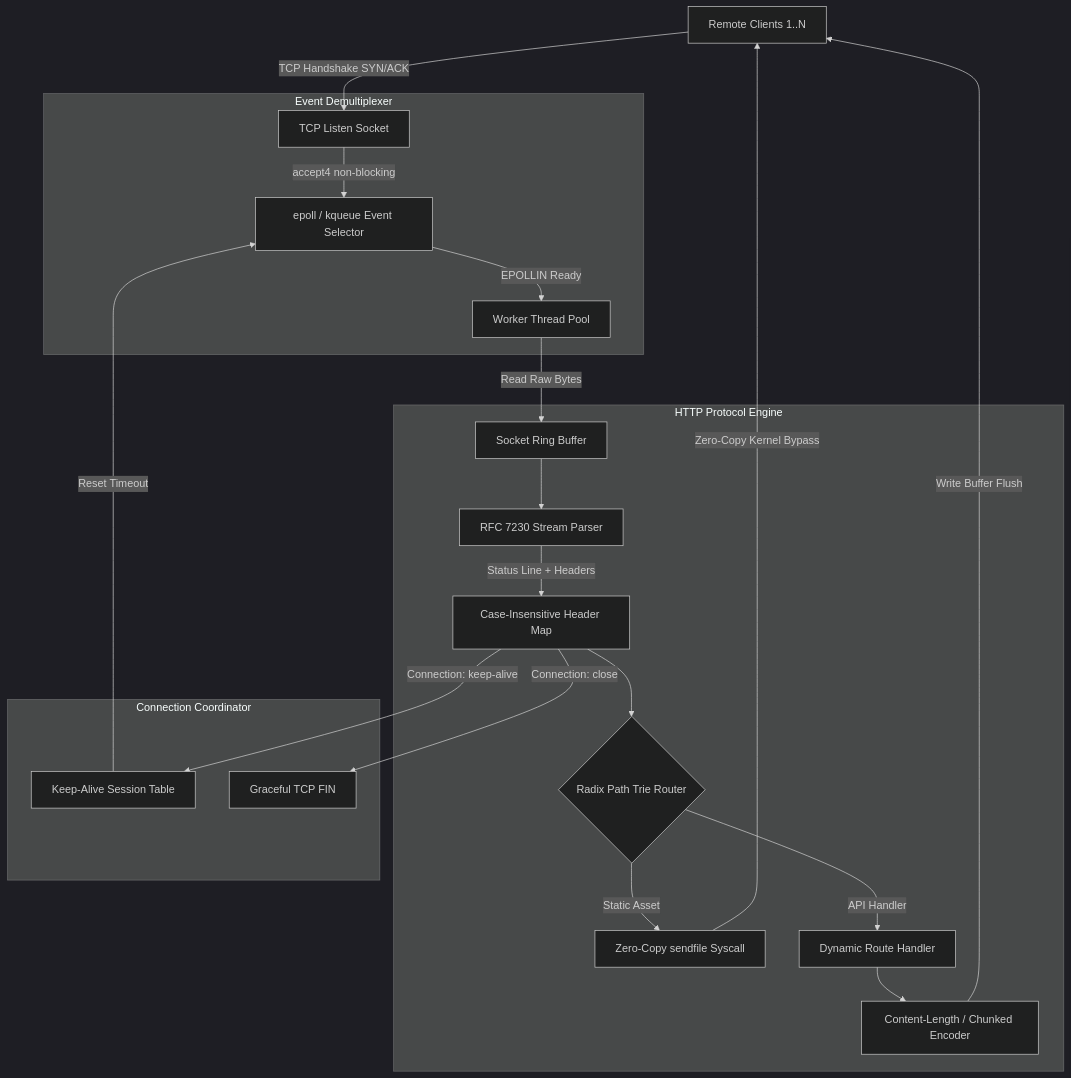
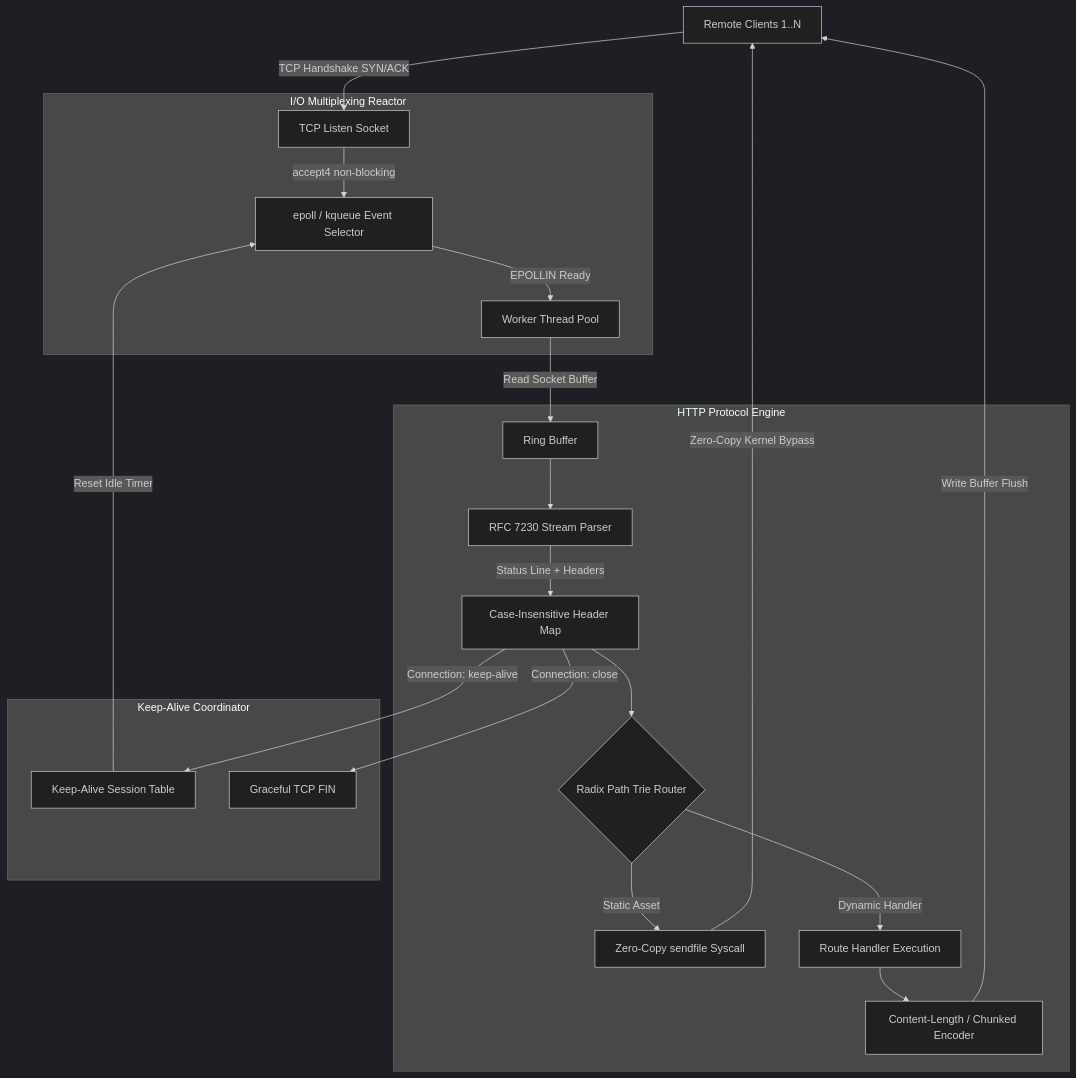
One commit to PandiaJason/ALGO changed the fourth of 12 diagrams in CHALLENGES_ARCHITECTURE.md. Above: the diagram before and after it, drawn with Mermaid (dark theme). The commit also changed other lines of this file and 12 other files, not shown here.

Commit message:
refactor(curriculum): reframe challenges with honest systems engineering archetypes, flowcharts, and experimental benchmarks

````diff
--- a/CHALLENGES_ARCHITECTURE.md
+++ b/CHALLENGES_ARCHITECTURE.md
@@ -167,30 +188,30 @@
 ```mermaid
 flowchart TD
     ClientNet[Remote Clients 1..N] -->|TCP Handshake SYN/ACK| SocketPool[TCP Listen Socket]
     
-    subgraph I/O Multiplexing Loop [Event Demultiplexer]
+    subgraph EventDemux [I/O Multiplexing Reactor]
         SocketPool -->|accept4 non-blocking| EventLoop[epoll / kqueue Event Selector]
         EventLoop -->|EPOLLIN Ready| WorkerPool[Worker Thread Pool]
     end
 
-    subgraph Request Processing Pipeline [HTTP Protocol Engine]
-        WorkerPool -->|Read Raw Bytes| WireBuf[Socket Ring Buffer]
+    subgraph HttpPipeline [HTTP Protocol Engine]
+        WorkerPool -->|Read Socket Buffer| WireBuf[Ring Buffer]
         WireBuf --> Tokenizer[RFC 7230 Stream Parser]
         Tokenizer -->|Status Line + Headers| HeaderMap[Case-Insensitive Header Map]
         
         HeaderMap --> Router{Radix Path Trie Router}
         Router -->|Static Asset| SendfileEngine[Zero-Copy sendfile Syscall]
-        Router -->|API Handler| HandlerExec[Dynamic Route Handler]
+        Router -->|Dynamic Handler| HandlerExec[Route Handler Execution]
         
         HandlerExec --> BodyFramer[Content-Length / Chunked Encoder]
     end
 
-    subgraph Session Management [Connection Coordinator]
+    subgraph SessionCoord [Keep-Alive Coordinator]
         HeaderMap -->|Connection: keep-alive| KeepAliveMgr[Keep-Alive Session Table]
-        KeepAliveMgr -->|Reset Timeout| EventLoop
+        KeepAliveMgr -->|Reset Idle Timer| EventLoop
         HeaderMap -->|Connection: close| SocketCloser[Graceful TCP FIN]
     end
 
     SendfileEngine -->|Zero-Copy Kernel Bypass| ClientNet
     BodyFramer -->|Write Buffer Flush| ClientNet
 ```
````
